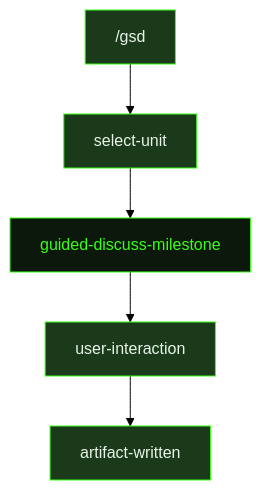
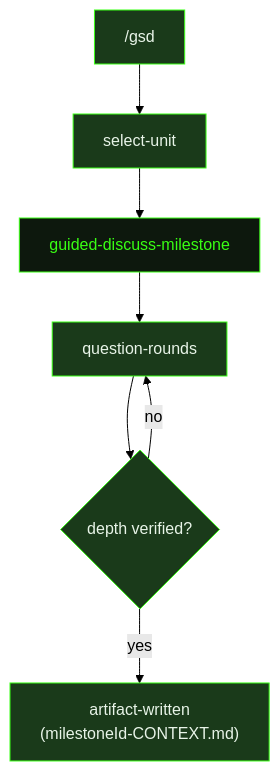
The diagram in src/content/docs/prompts/guided-discuss-milestone.mdx (shusha-group/gsd2-guide), drawn with Mermaid (forest theme) before and after one commit. The commit also changed other lines of this file and 79 other files, not shown here.

````diff
--- a/src/content/docs/prompts/guided-discuss-milestone.mdx
+++ b/src/content/docs/prompts/guided-discuss-milestone.mdx
@@ -18,13 +20,16 @@
 ```mermaid
 flowchart TD
     GsdCommand["/gsd"] --> SelectUnit["select-unit"]
     SelectUnit --> GuidedDiscussMilestone["guided-discuss-milestone"]
-    GuidedDiscussMilestone --> UserInteraction["user-interaction"]
-    UserInteraction --> ArtifactWritten["artifact-written"]
+    GuidedDiscussMilestone --> QuestionRounds["question-rounds"]
+    QuestionRounds --> DepthVerification{"depth verified?"}
+    DepthVerification -->|"no"| QuestionRounds
+    DepthVerification -->|"yes"| ArtifactWritten["artifact-written\n(milestoneId-CONTEXT.md)"]
 
     style GuidedDiscussMilestone fill:#0d180d,stroke:#39ff14,color:#39ff14
     style GsdCommand fill:#1a3a1a,stroke:#39ff14,color:#e8f4e8
     style SelectUnit fill:#1a3a1a,stroke:#39ff14,color:#e8f4e8
-    style UserInteraction fill:#1a3a1a,stroke:#39ff14,color:#e8f4e8
+    style QuestionRounds fill:#1a3a1a,stroke:#39ff14,color:#e8f4e8
+    style DepthVerification fill:#1a3a1a,stroke:#39ff14,color:#e8f4e8
     style ArtifactWritten fill:#1a3a1a,stroke:#39ff14,color:#e8f4e8
 ```
````
